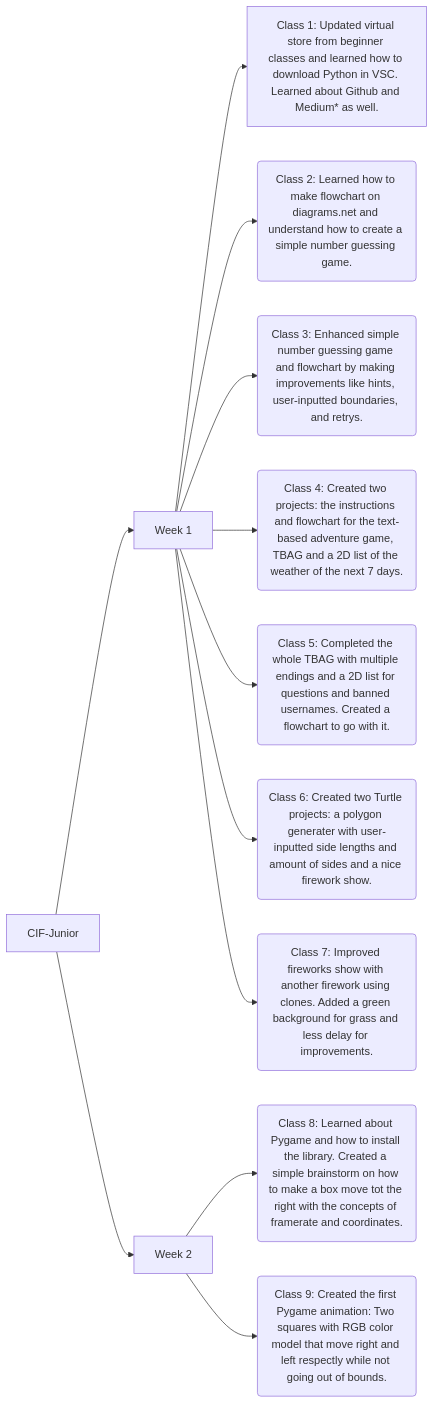
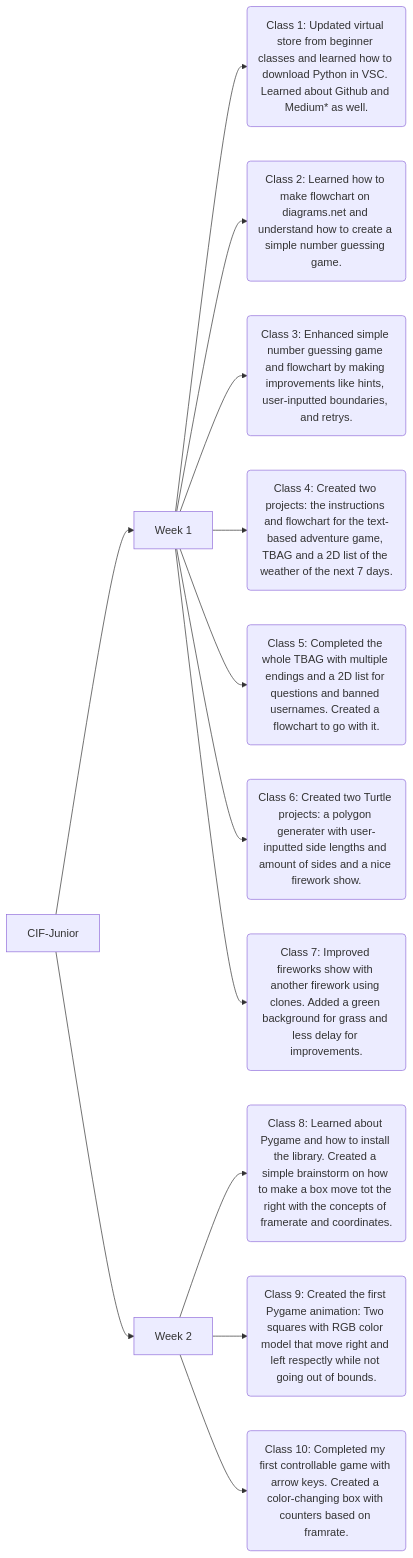
Before and after one commit to deoclabber/CIF-Junior: the diagram in README.md, drawn with Mermaid. The commit also changed other lines of this file, not shown here.

Commit message:
Fix formatting in README.md and update class descriptions

````diff
--- a/README.md
+++ b/README.md
@@ -10,15 +10,16 @@
 ```mermaid
 graph LR;
   A[CIF-Junior] --> B[Week 1];
   A --> C[Week 2];
-  B --> F[Class 1: Updated virtual store from beginner classes and learned how to download Python in VSC. Learned about Github and Medium* as well.];
+  B --> F(Class 1: Updated virtual store from beginner classes and learned how to download Python in VSC. Learned about Github and Medium* as well.);
   B --> G(Class 2: Learned how to make flowchart on diagrams.net and understand how to create a simple number guessing game.);
   B --> H(Class 3: Enhanced simple number guessing game and flowchart by making improvements like hints, user-inputted boundaries, and retrys.);
   B --> I(Class 4: Created two projects: the instructions and flowchart for the text-based adventure game, TBAG and a 2D list of the weather of the next 7 days.);
   B --> J(Class 5: Completed the whole TBAG with multiple endings and a 2D list for questions and banned usernames. Created a flowchart to go with it.);
   B --> K(Class 6: Created two Turtle projects: a polygon generater with user-inputted side lengths and amount of sides and a nice firework show.);
   B --> L(Class 7: Improved fireworks show with another firework using clones. Added a green background for grass and less delay for improvements.);
 
   C --> M(Class 8: Learned about Pygame and how to install the library. Created a simple brainstorm on how to make a box move tot the right with the concepts of framerate and coordinates.);
   C --> N(Class 9: Created the first Pygame animation: Two squares with RGB color model that move right and left respectly while not going out of bounds.);
+  C --> O(Class 10: Completed my first controllable game with arrow keys. Created a color-changing box with counters based on framrate.);
 ```
````
